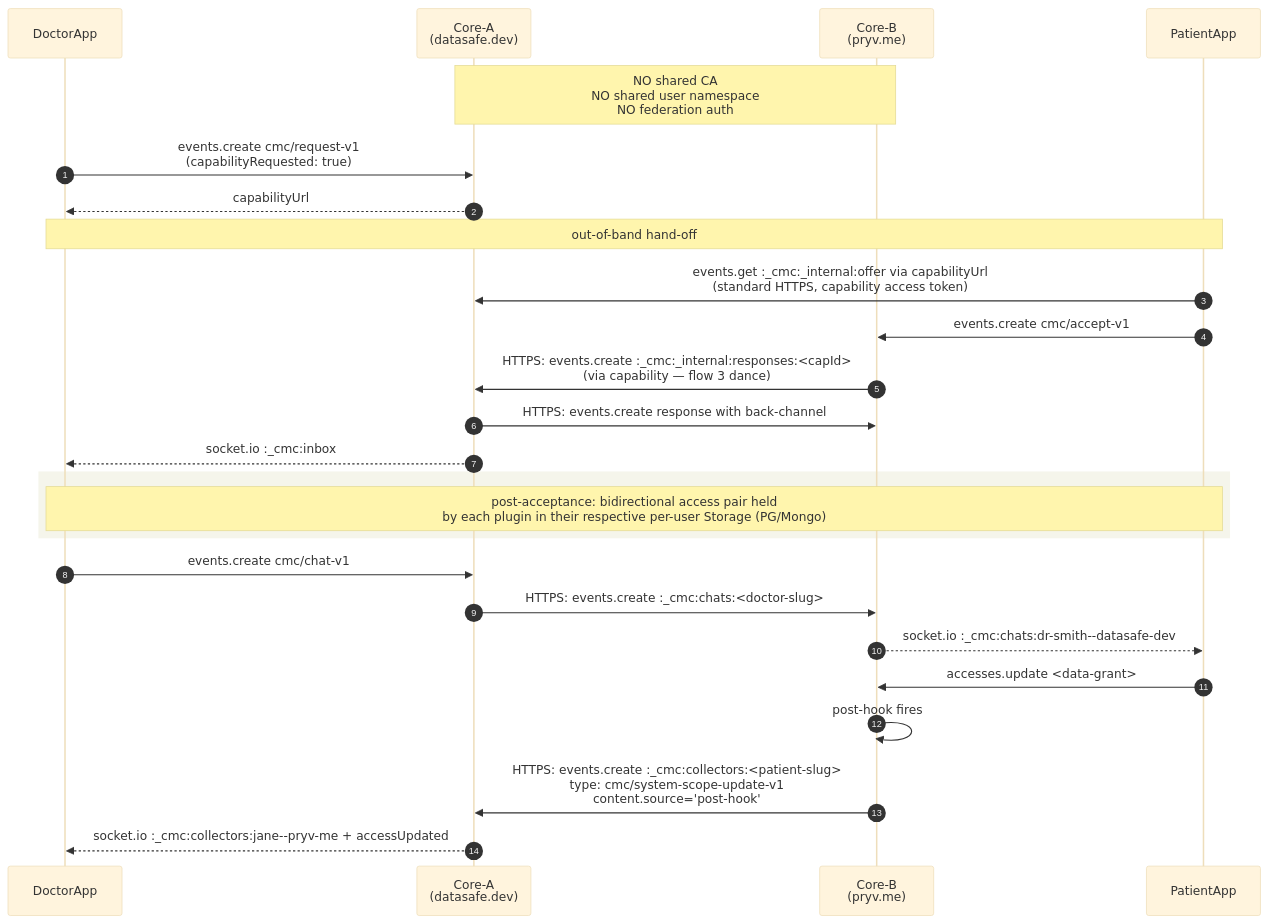
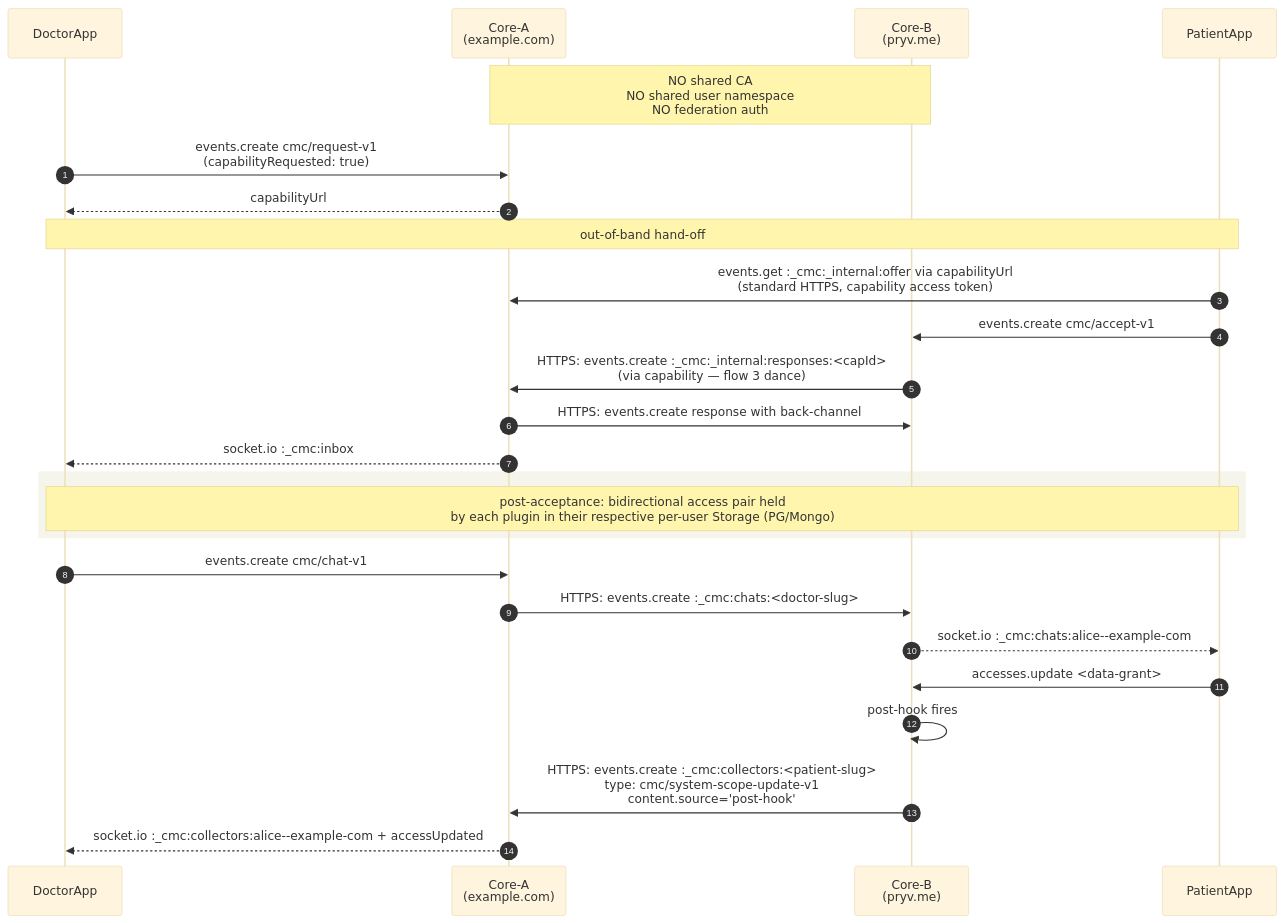
One commit to pryv/open-pryv.io changed diagram 14 of 14 in components/cmc/INTERNALS.md. Above: the diagram before and after it, drawn with Mermaid (base theme). The commit also changed other lines of this file and 20 other files, not shown here.

````diff
--- a/components/cmc/INTERNALS.md
+++ b/components/cmc/INTERNALS.md
@@ -540,31 +540,31 @@
 ```mermaid
 sequenceDiagram
     autonumber
     participant DApp as DoctorApp
-    participant DCore as Core-A<br/>(datasafe.dev)
+    participant DCore as Core-A<br/>(example.com)
     participant PCore as Core-B<br/>(pryv.me)
     participant PApp as PatientApp
 
     Note over DCore,PCore: NO shared CA<br/>NO shared user namespace<br/>NO federation auth
     DApp->>DCore: events.create cmc/request-v1<br/>(capabilityRequested: true)
     DCore-->>DApp: capabilityUrl
     Note over DApp,PApp: out-of-band hand-off
     PApp->>DCore: events.get :_cmc:_internal:offer via capabilityUrl<br/>(standard HTTPS, capability access token)
     PApp->>PCore: events.create cmc/accept-v1
     PCore->>DCore: HTTPS: events.create :_cmc:_internal:responses:<capId><br/>(via capability — flow 3 dance)
     DCore->>PCore: HTTPS: events.create response with back-channel
     DCore-->>DApp: socket.io :_cmc:inbox
 
     rect rgb(245, 245, 235)
     Note over DApp,PApp: post-acceptance: bidirectional access pair held<br/>by each plugin in their respective per-user Storage (PG/Mongo)
     end
 
     DApp->>DCore: events.create cmc/chat-v1
     DCore->>PCore: HTTPS: events.create :_cmc:chats:<doctor-slug>
-    PCore-->>PApp: socket.io :_cmc:chats:dr-smith--datasafe-dev
+    PCore-->>PApp: socket.io :_cmc:chats:alice--example-com
 
     PApp->>PCore: accesses.update <data-grant>
     PCore->>PCore: post-hook fires
     PCore->>DCore: HTTPS: events.create :_cmc:collectors:<patient-slug><br/>type: cmc/system-scope-update-v1<br/>content.source='post-hook'
-    DCore-->>DApp: socket.io :_cmc:collectors:jane--pryv-me + accessUpdated
+    DCore-->>DApp: socket.io :_cmc:collectors:alice--example-com + accessUpdated
 ```
````
